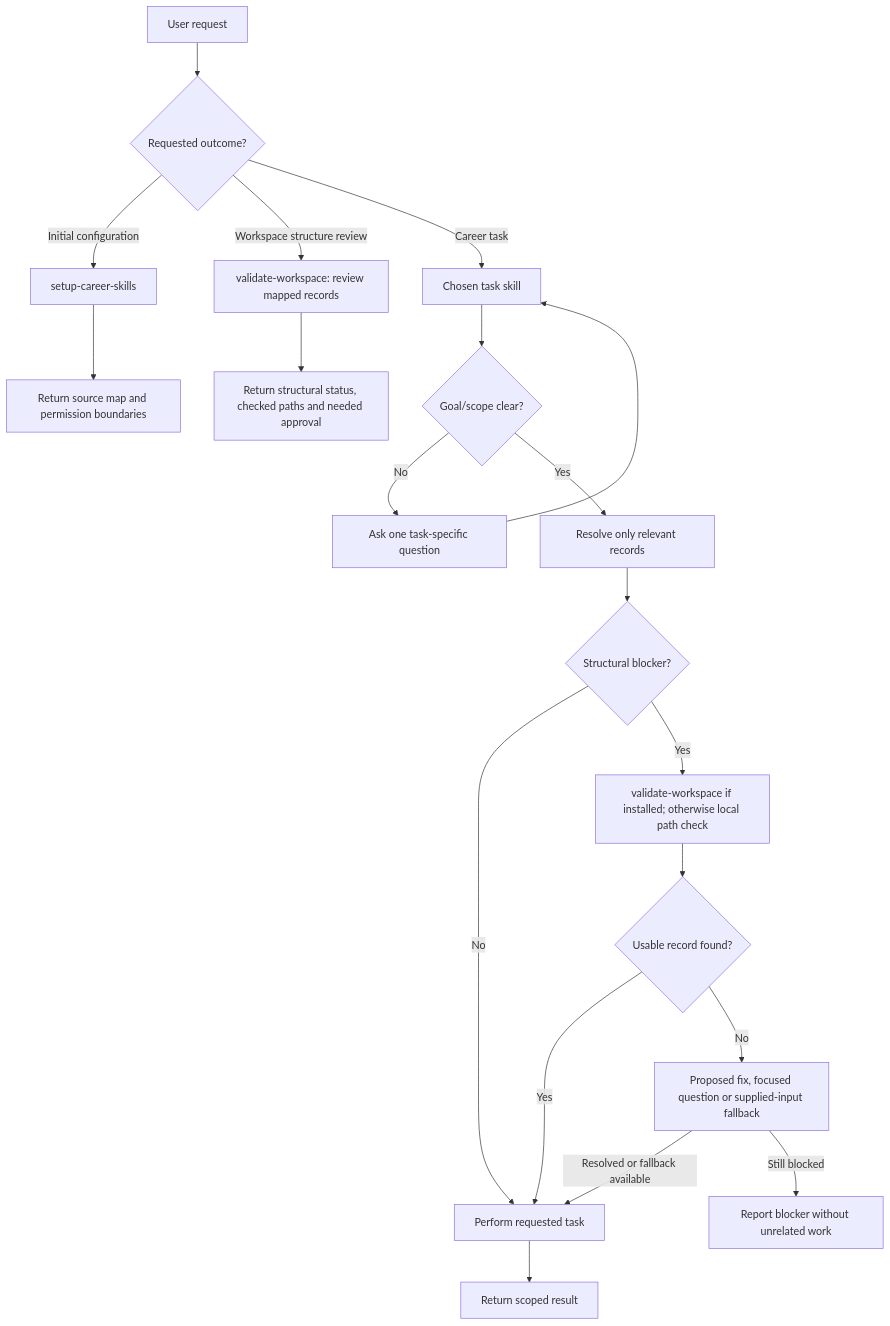
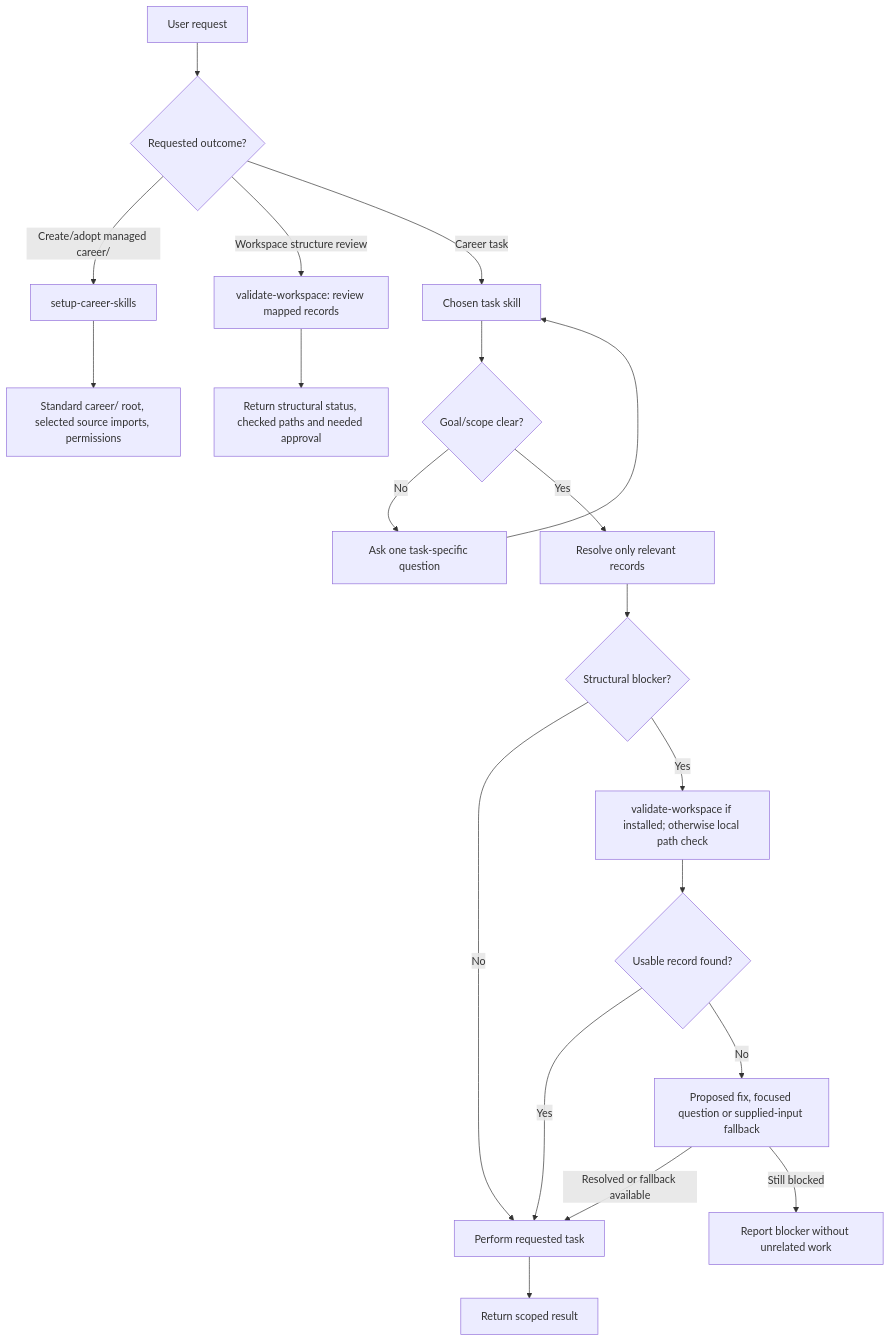
The diagram in docs/ARCHITECTURE.md (lfarci/career-skills), drawn with Mermaid before and after one commit. The commit also changed other lines of this file and 4 other files, not shown here.

````diff
--- a/docs/ARCHITECTURE.md
+++ b/docs/ARCHITECTURE.md
@@ -11,22 +11,22 @@
 ```mermaid
 flowchart TD
     A["User request"] --> B{"Requested outcome?"}
-    B -->|"Initial configuration"| S["setup-career-skills"]
+    B -->|"Create/adopt managed career/"| S["setup-career-skills"]
     B -->|"Workspace structure review"| V["validate-workspace: review mapped records"]
     B -->|"Career task"| K["Chosen task skill"]
     K --> G{"Goal/scope clear?"}
     G -->|"No"| Q["Ask one task-specific question"]
     Q --> K
     G -->|"Yes"| R["Resolve only relevant records"]
     R --> C{"Structural blocker?"}
     C -->|"No"| T["Perform requested task"]
     C -->|"Yes"| V2["validate-workspace if installed; otherwise local path check"]
     V2 --> D{"Usable record found?"}
     D -->|"Yes"| T
     D -->|"No"| F["Proposed fix, focused question or supplied-input fallback"]
     F -->|"Resolved or fallback available"| T
     F -->|"Still blocked"| X["Report blocker without unrelated work"]
     V --> O["Return structural status, checked paths and needed approval"]
-    S --> N["Return source map and permission boundaries"]
+    S --> N["Standard career/ root, selected source imports, permissions"]
     T --> Z["Return scoped result"]
 ```
````
